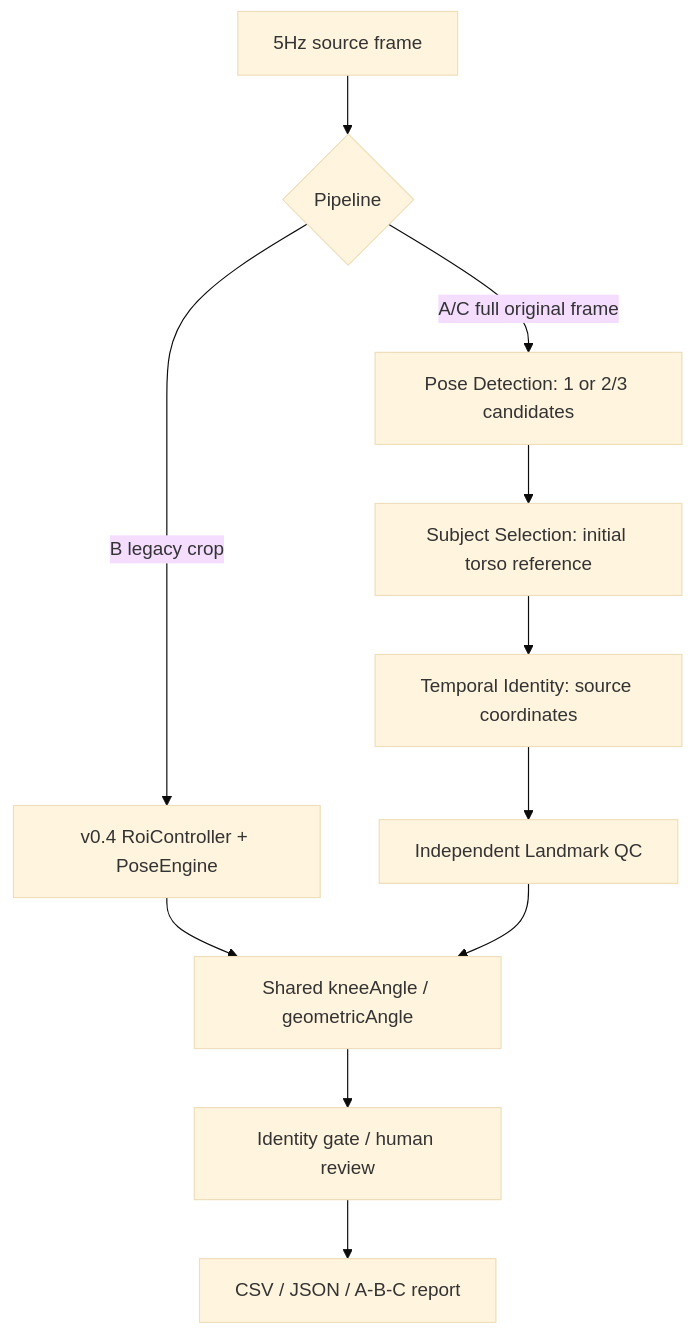
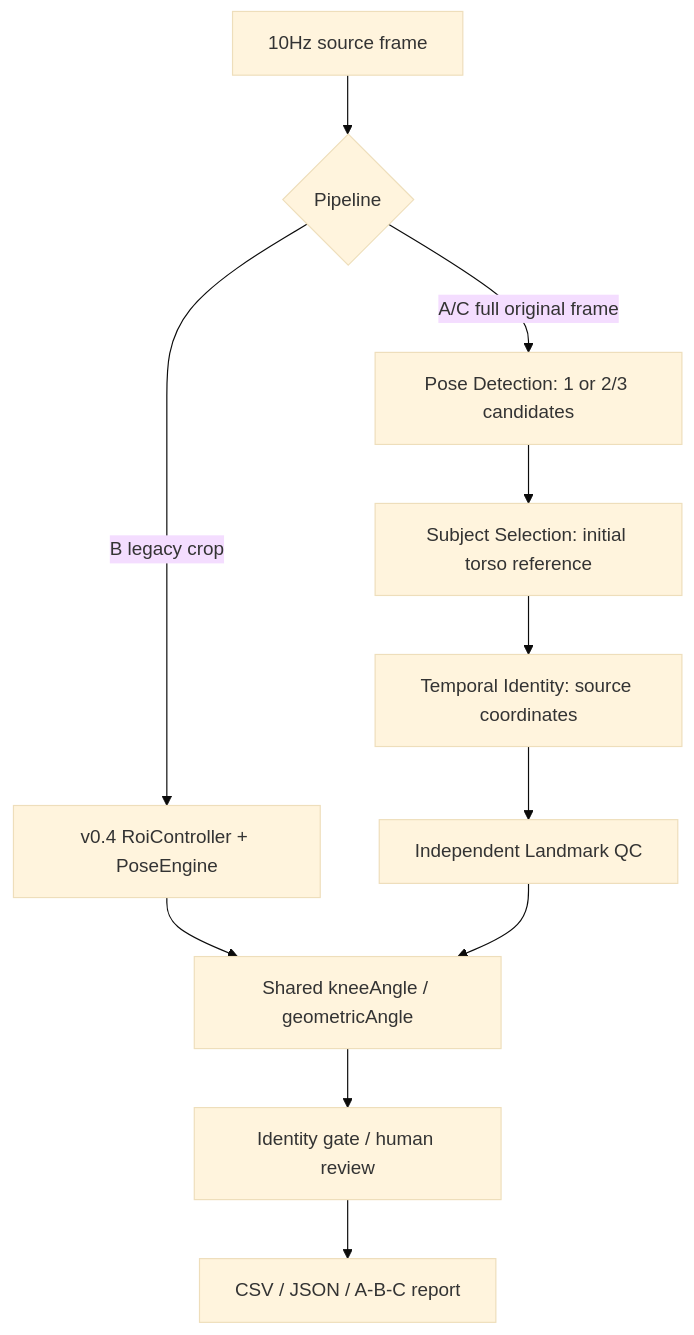
The second of 3 diagrams in docs/ARCHITECTURE.md (Chen-Jung0929/115-1-Innovative-Integration-of-Medicine-and-EECS-Final-Project), drawn with Mermaid (base theme) before and after one commit. The commit also changed other lines of this file and 22 other files, not shown here.

````diff
--- a/docs/ARCHITECTURE.md
+++ b/docs/ARCHITECTURE.md
@@ -115,13 +115,13 @@
 ```mermaid
 flowchart TD
- I[5Hz source frame] --> D{Pipeline}
+ I[10Hz source frame] --> D{Pipeline}
  D -->|A/C full original frame| P[Pose Detection: 1 or 2/3 candidates]
  P --> S[Subject Selection: initial torso reference]
  S --> T[Temporal Identity: source coordinates]
  T --> Q[Independent Landmark QC]
  D -->|B legacy crop| B[v0.4 RoiController + PoseEngine]
  B --> G[Shared kneeAngle / geometricAngle]
  Q --> G
  G --> H[Identity gate / human review]
  H --> E[CSV / JSON / A-B-C report]
 ```
````
